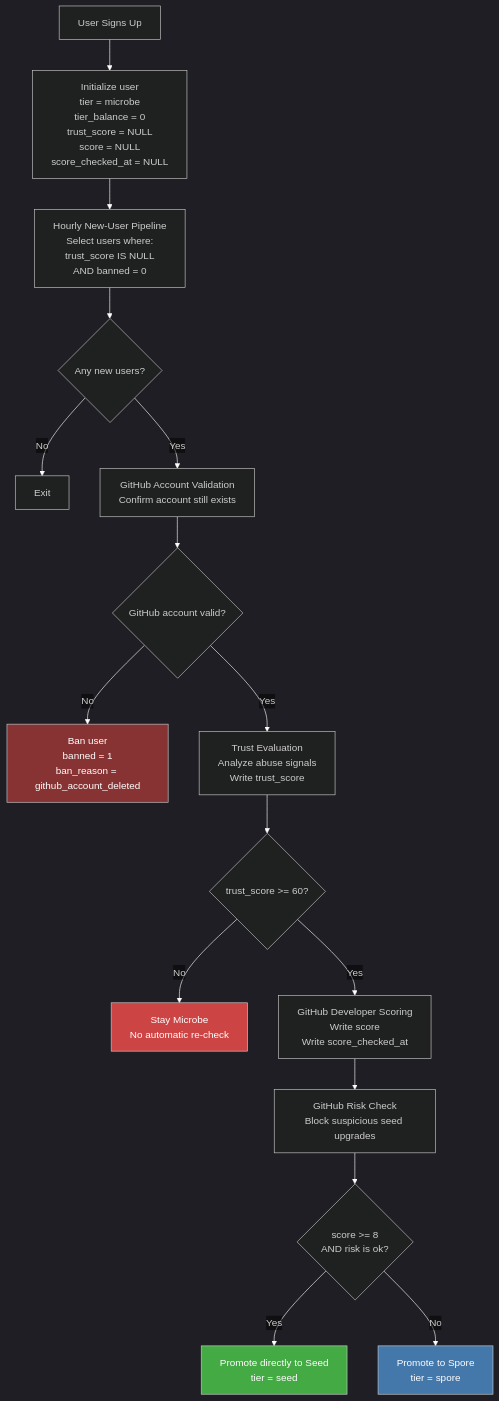
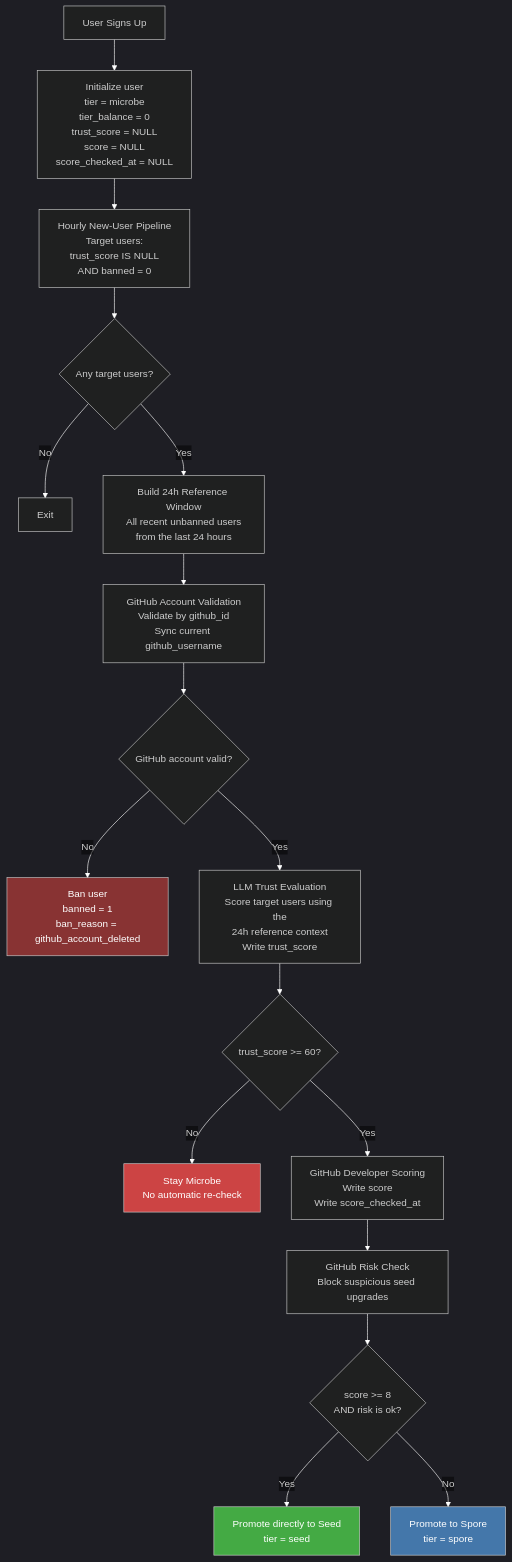
One commit to pollinations/pollinations changed the first of 3 diagrams in enter.pollinations.ai/scripts/user-pipeline/README.md. Above: the diagram before and after it, drawn with Mermaid. The commit also changed other lines of this file and 7 other files, not shown here.

Commit message:
fix: use github ids across user pipeline

````diff
--- a/enter.pollinations.ai/scripts/user-pipeline/README.md
+++ b/enter.pollinations.ai/scripts/user-pipeline/README.md
@@ -58,50 +78,56 @@
 ```mermaid
 %%{init: {'theme': 'dark', 'themeVariables': {'lineColor': '#ffffff', 'edgeLabelBackground': 'transparent'}}}%%
 flowchart TD
     A["User Signs Up"] --> B["Initialize user
 tier = microbe
 tier_balance = 0
 trust_score = NULL
 score = NULL
 score_checked_at = NULL"]
 
     B --> C["Hourly New-User Pipeline
-Select users where:
+Target users:
 trust_score IS NULL
 AND banned = 0"]
 
-    C --> D{"Any new users?"}
+    C --> D{"Any target users?"}
     D -->|No| E["Exit"]
-    D -->|Yes| F["GitHub Account Validation
-Confirm account still exists"]
+    D -->|Yes| F["Build 24h Reference Window
+All recent unbanned users
+from the last 24 hours"]
 
-    F --> G{"GitHub account valid?"}
-    G -->|No| H["Ban user
+    F --> G["GitHub Account Validation
+Validate by github_id
+Sync current github_username"]
+
+    G --> H{"GitHub account valid?"}
+    H -->|No| I["Ban user
 banned = 1
 ban_reason = github_account_deleted"]
-    G -->|Yes| I["Trust Evaluation
-Analyze abuse signals
+    H -->|Yes| J["LLM Trust Evaluation
+Score target users using the
+24h reference context
 Write trust_score"]
 
-    I --> J{"trust_score >= 60?"}
-    J -->|No| K["Stay Microbe
+    J --> K{"trust_score >= 60?"}
+    K -->|No| L["Stay Microbe
 No automatic re-check"]
-    J -->|Yes| L["GitHub Developer Scoring
+    K -->|Yes| M["GitHub Developer Scoring
 Write score
 Write score_checked_at"]
 
-    L --> M["GitHub Risk Check
+    M --> N["GitHub Risk Check
 Block suspicious seed upgrades"]
 
-    M --> N{"score >= 8
+    N --> O{"score >= 8
 AND risk is ok?"}
-    N -->|Yes| O["Promote directly to Seed
+    O -->|Yes| P["Promote directly to Seed
 tier = seed"]
-    N -->|No| P["Promote to Spore
+    O -->|No| Q["Promote to Spore
 tier = spore"]
 
-    style H fill:#833,color:#fff
-    style K fill:#c44,color:#fff
-    style P fill:#47a,color:#fff
-    style O fill:#4a4,color:#fff
+    style I fill:#833,color:#fff
+    style L fill:#c44,color:#fff
+    style Q fill:#47a,color:#fff
+    style P fill:#4a4,color:#fff
 ```
````
